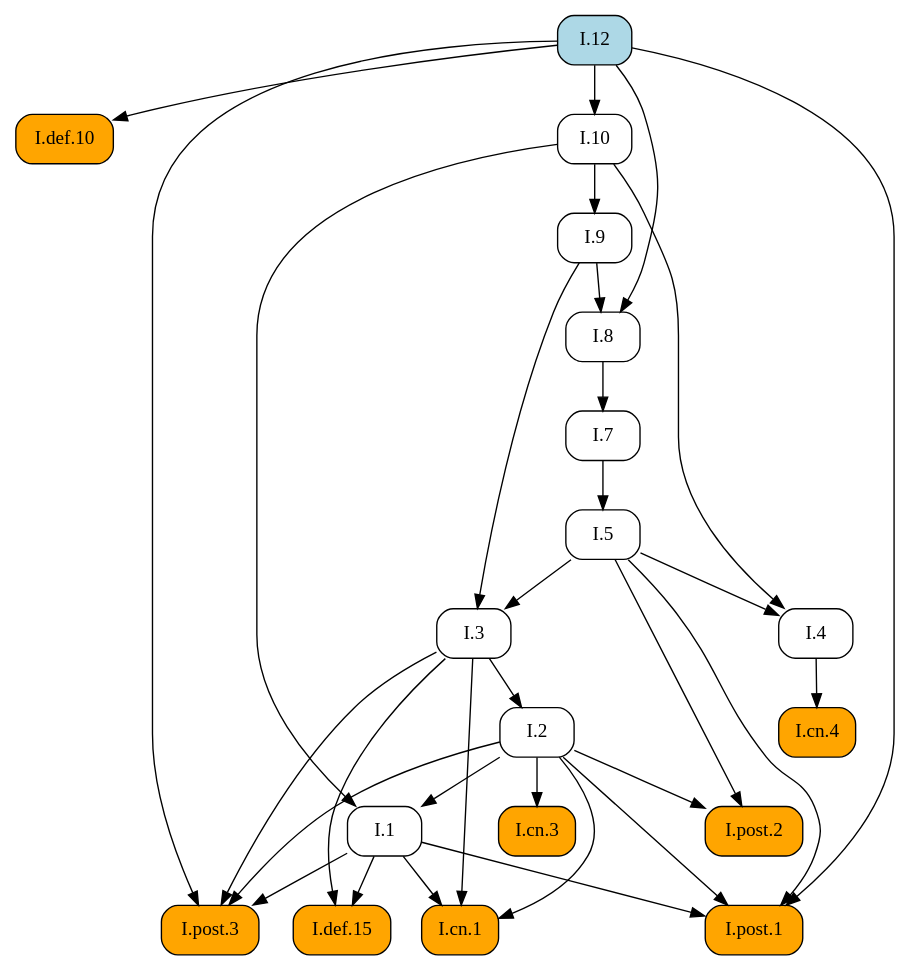
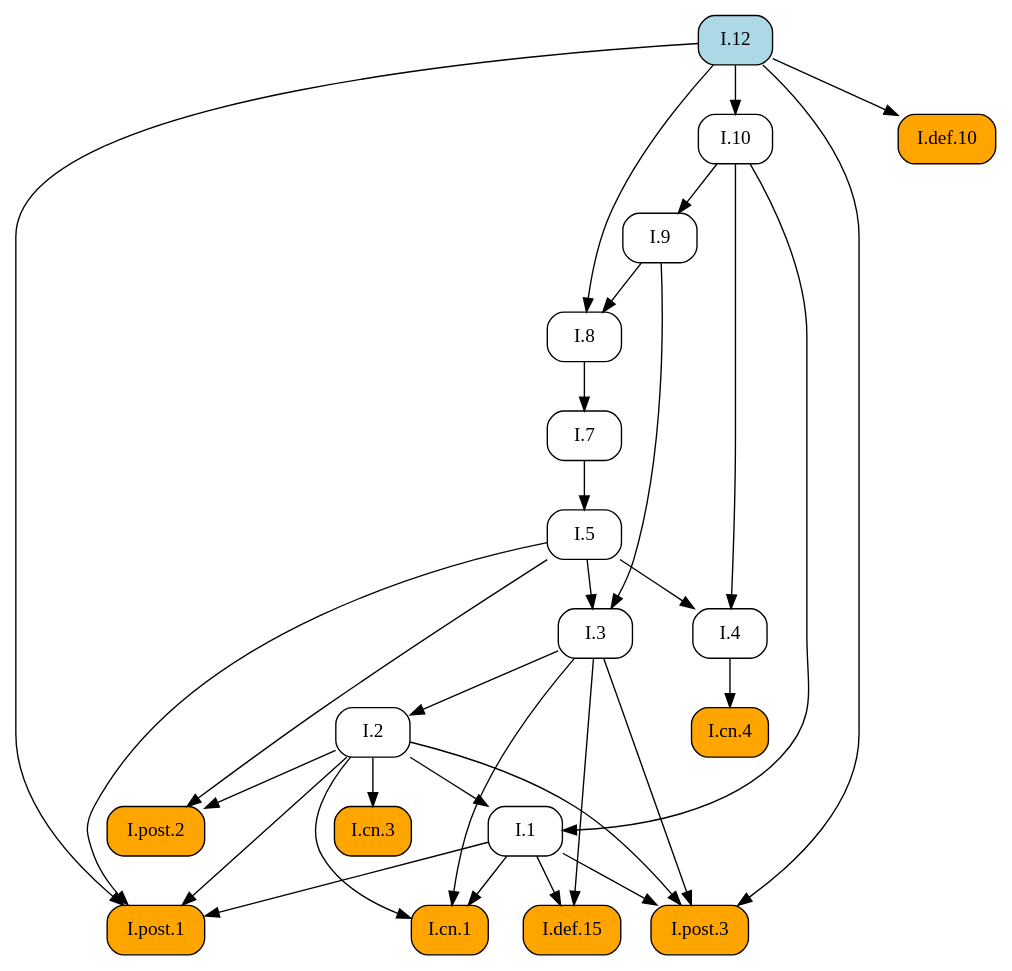
One commit to geometor/elements changed the diagram in docsrc/elements2/I/12/index.rst. Above: the diagram before and after it, drawn with Graphviz. The commit also changed other lines of this file and 171 other files, not shown here.

```diff
--- a/docsrc/elements2/I/12/index.rst
+++ b/docsrc/elements2/I/12/index.rst
@@ -70,55 +70,55 @@
 .. graphviz::
 
    digraph {
      rankdir="TB";
      node [shape=box, style=rounded];
+     "I.8" [URL="/elements2/I/8/", target="_top"];
+     "I.1" [URL="/elements2/I/1/", target="_top"];
+     "I.cn.4" [style="rounded,filled", fillcolor=orange, URL="/elements2/I/cn.4/", target="_top"];
+     "I.cn.3" [style="rounded,filled", fillcolor=orange, URL="/elements2/I/cn.3/", target="_top"];
+     "I.7" [URL="/elements2/I/7/", target="_top"];
+     "I.post.1" [style="rounded,filled", fillcolor=orange, URL="/elements2/I/post.1/", target="_top"];
+     "I.9" [URL="/elements2/I/9/", target="_top"];
+     "I.5" [URL="/elements2/I/5/", target="_top"];
+     "I.cn.1" [style="rounded,filled", fillcolor=orange, URL="/elements2/I/cn.1/", target="_top"];
      "I.def.10" [style="rounded,filled", fillcolor=orange, URL="/elements2/I/def.10/", target="_top"];
-     "I.9" [URL="/elements2/I/9/", target="_top"];
-     "I.8" [URL="/elements2/I/8/", target="_top"];
      "I.2" [URL="/elements2/I/2/", target="_top"];
+     "I.def.15" [style="rounded,filled", fillcolor=orange, URL="/elements2/I/def.15/", target="_top"];
+     "I.4" [URL="/elements2/I/4/", target="_top"];
      "I.12" [style="rounded,filled", fillcolor=lightblue, URL="/elements2/I/12/", target="_top"];
-     "I.def.15" [style="rounded,filled", fillcolor=orange, URL="/elements2/I/def.15/", target="_top"];
-     "I.cn.4" [style="rounded,filled", fillcolor=orange, URL="/elements2/I/cn.4/", target="_top"];
+     "I.10" [URL="/elements2/I/10/", target="_top"];
+     "I.3" [URL="/elements2/I/3/", target="_top"];
+     "I.post.2" [style="rounded,filled", fillcolor=orange, URL="/elements2/I/post.2/", target="_top"];
      "I.post.3" [style="rounded,filled", fillcolor=orange, URL="/elements2/I/post.3/", target="_top"];
-     "I.1" [URL="/elements2/I/1/", target="_top"];
-     "I.post.2" [style="rounded,filled", fillcolor=orange, URL="/elements2/I/post.2/", target="_top"];
-     "I.10" [URL="/elements2/I/10/", target="_top"];
-     "I.post.1" [style="rounded,filled", fillcolor=orange, URL="/elements2/I/post.1/", target="_top"];
-     "I.7" [URL="/elements2/I/7/", target="_top"];
-     "I.cn.1" [style="rounded,filled", fillcolor=orange, URL="/elements2/I/cn.1/", target="_top"];
-     "I.3" [URL="/elements2/I/3/", target="_top"];
-     "I.cn.3" [style="rounded,filled", fillcolor=orange, URL="/elements2/I/cn.3/", target="_top"];
-     "I.5" [URL="/elements2/I/5/", target="_top"];
-     "I.4" [URL="/elements2/I/4/", target="_top"];
-     "I.12" -> "I.def.10";
-     "I.10" -> "I.9";
      "I.9" -> "I.8";
      "I.12" -> "I.8";
+     "I.2" -> "I.1";
+     "I.10" -> "I.1";
+     "I.4" -> "I.cn.4";
+     "I.2" -> "I.cn.3";
+     "I.8" -> "I.7";
+     "I.1" -> "I.post.1";
+     "I.2" -> "I.post.1";
+     "I.5" -> "I.post.1";
+     "I.12" -> "I.post.1";
+     "I.10" -> "I.9";
+     "I.7" -> "I.5";
+     "I.1" -> "I.cn.1";
+     "I.2" -> "I.cn.1";
+     "I.3" -> "I.cn.1";
+     "I.12" -> "I.def.10";
      "I.3" -> "I.2";
      "I.1" -> "I.def.15";
      "I.3" -> "I.def.15";
-     "I.4" -> "I.cn.4";
+     "I.5" -> "I.4";
+     "I.10" -> "I.4";
+     "I.12" -> "I.10";
+     "I.5" -> "I.3";
+     "I.9" -> "I.3";
+     "I.2" -> "I.post.2";
+     "I.5" -> "I.post.2";
      "I.1" -> "I.post.3";
      "I.2" -> "I.post.3";
      "I.3" -> "I.post.3";
      "I.12" -> "I.post.3";
-     "I.2" -> "I.1";
-     "I.10" -> "I.1";
-     "I.2" -> "I.post.2";
-     "I.5" -> "I.post.2";
-     "I.12" -> "I.10";
-     "I.1" -> "I.post.1";
-     "I.2" -> "I.post.1";
-     "I.5" -> "I.post.1";
-     "I.12" -> "I.post.1";
-     "I.8" -> "I.7";
-     "I.1" -> "I.cn.1";
-     "I.2" -> "I.cn.1";
-     "I.3" -> "I.cn.1";
-     "I.5" -> "I.3";
-     "I.9" -> "I.3";
-     "I.2" -> "I.cn.3";
-     "I.7" -> "I.5";
-     "I.5" -> "I.4";
-     "I.10" -> "I.4";
    }
```
